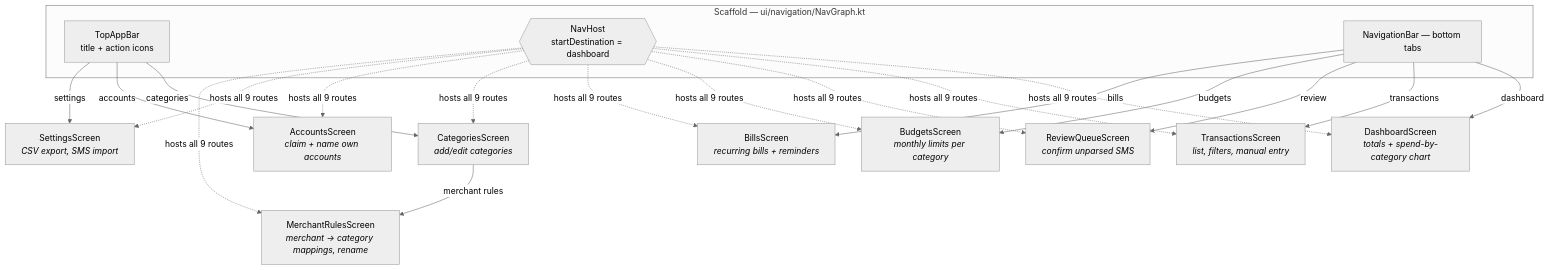
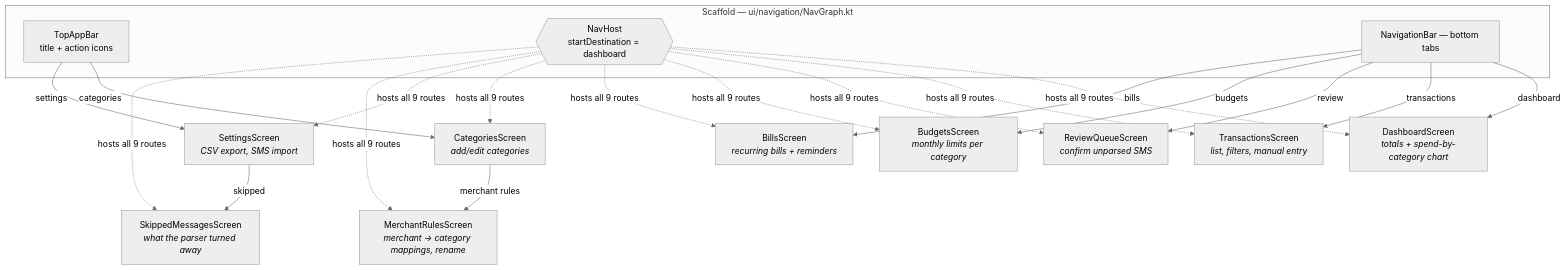
One commit to Sakthikavin/ExpenseTracker changed the eighth of 8 diagrams in ARCHITECTURE.md. Above: the diagram before and after it, drawn with Mermaid (neutral theme). The commit also changed other lines of this file and 49 other files, not shown here.

````diff
--- a/ARCHITECTURE.md
+++ b/ARCHITECTURE.md
@@ -495,21 +496,21 @@
 ```mermaid
 flowchart TD
     subgraph SC["Scaffold — ui/navigation/NavGraph.kt"]
         TB["TopAppBar<br/>title + action icons"]
         NH{{"NavHost<br/>startDestination = dashboard"}}
         BB["NavigationBar — bottom tabs"]
     end
 
     BB -->|dashboard| D["DashboardScreen<br/><i>totals + spend-by-category chart</i>"]
     BB -->|transactions| T["TransactionsScreen<br/><i>list, filters, manual entry</i>"]
     BB -->|review| R["ReviewQueueScreen<br/><i>confirm unparsed SMS</i>"]
     BB -->|budgets| BU["BudgetsScreen<br/><i>monthly limits per category</i>"]
     BB -->|bills| BI["BillsScreen<br/><i>recurring bills + reminders</i>"]
 
     TB -->|categories| C["CategoriesScreen<br/><i>add/edit categories</i>"]
-    TB -->|accounts| A["AccountsScreen<br/><i>claim + name own accounts</i>"]
     TB -->|settings| S["SettingsScreen<br/><i>CSV export, SMS import</i>"]
     C -->|merchant rules| MR["MerchantRulesScreen<br/><i>merchant → category mappings, rename</i>"]
+    S -->|skipped| SK["SkippedMessagesScreen<br/><i>what the parser turned away</i>"]
 
-    NH -.->|"hosts all 9 routes"| D & T & R & BU & BI & C & A & S & MR
+    NH -.->|"hosts all 9 routes"| D & T & R & BU & BI & C & S & MR & SK
 ```
````
